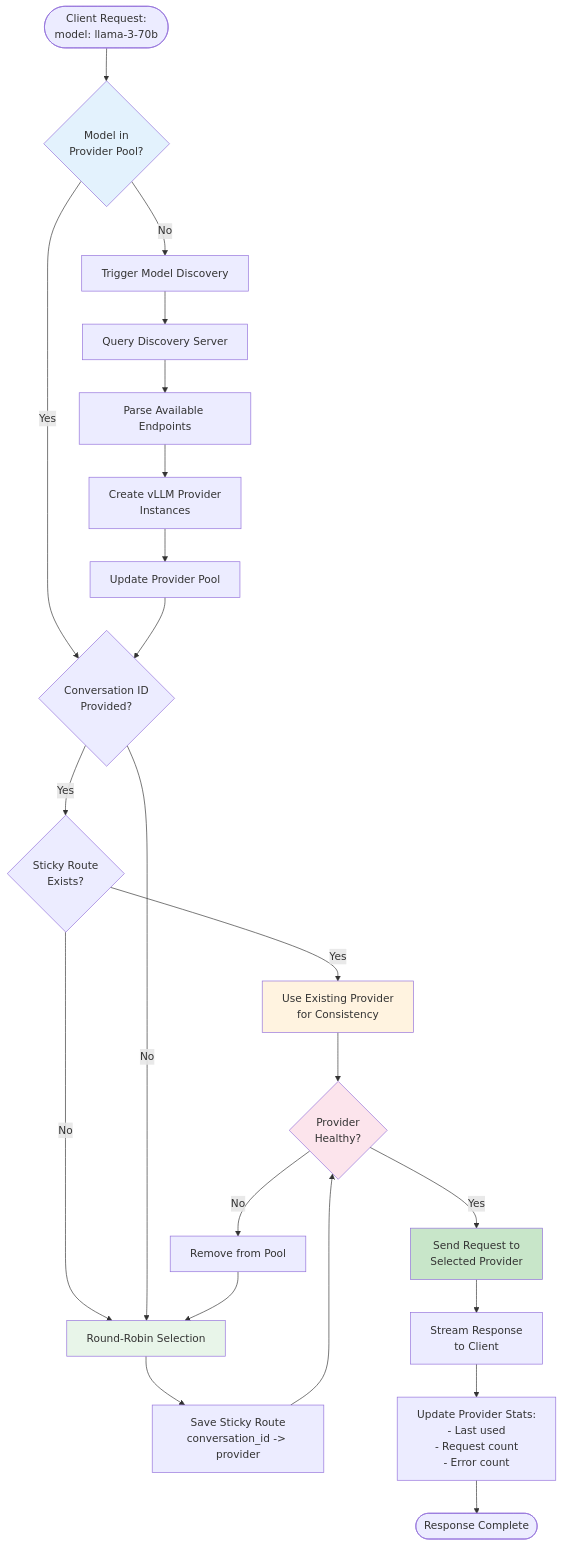
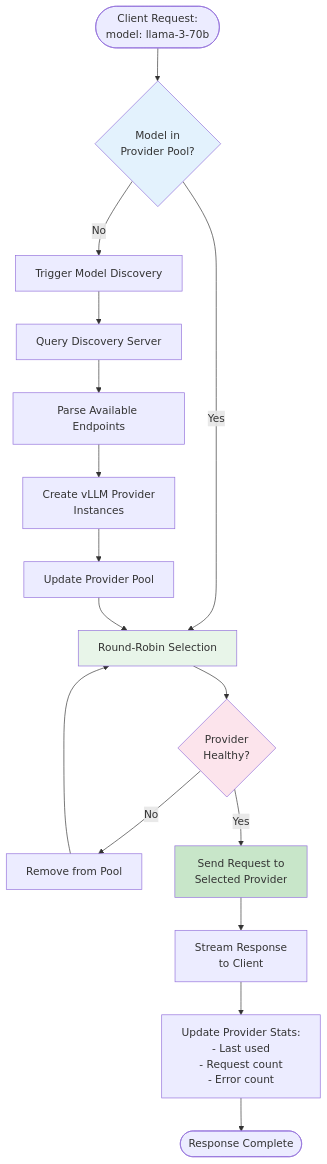
One commit to nearai/cloud-api changed diagram 14 of 16 in docs/architecture/c4-diagrams.md. Above: the diagram before and after it, drawn with Mermaid. The commit also changed other lines of this file, not shown here.

Commit message:
docs(api): align C4 diagrams with stateless responses

````diff
--- a/docs/architecture/c4-diagrams.md
+++ b/docs/architecture/c4-diagrams.md
@@ -901,37 +898,27 @@
 ```mermaid
 flowchart TD
     Start([Client Request:<br/>model: llama-3-70b]) --> CheckCache{Model in<br/>Provider Pool?}
     
     CheckCache -->|No| Discover[Trigger Model Discovery]
     Discover --> QueryDiscovery[Query Discovery Server]
     QueryDiscovery --> ParseResponse[Parse Available Endpoints]
     ParseResponse --> CreateProviders[Create vLLM Provider<br/>Instances]
     CreateProviders --> UpdateCache[Update Provider Pool]
     
-    CheckCache -->|Yes| CheckConversation{Conversation ID<br/>Provided?}
-    UpdateCache --> CheckConversation
-    
-    CheckConversation -->|Yes| CheckSticky{Sticky Route<br/>Exists?}
-    CheckSticky -->|Yes| UseSticky[Use Existing Provider<br/>for Consistency]
-    CheckSticky -->|No| RoundRobin[Round-Robin Selection]
-    RoundRobin --> SaveSticky[Save Sticky Route<br/>conversation_id -> provider]
-    
-    CheckConversation -->|No| RoundRobin
-    
-    UseSticky --> CheckHealth{Provider<br/>Healthy?}
-    SaveSticky --> CheckHealth
+    CheckCache -->|Yes| RoundRobin[Round-Robin Selection]
+    UpdateCache --> RoundRobin
+    RoundRobin --> CheckHealth{Provider<br/>Healthy?}
     
     CheckHealth -->|No| RemoveProvider[Remove from Pool]
     RemoveProvider --> RoundRobin
     
     CheckHealth -->|Yes| SendRequest[Send Request to<br/>Selected Provider]
     SendRequest --> StreamResponse[Stream Response<br/>to Client]
     StreamResponse --> UpdateStats[Update Provider Stats:<br/>- Last used<br/>- Request count<br/>- Error count]
     UpdateStats --> End([Response Complete])
     
     style CheckCache fill:#e3f2fd
-    style UseSticky fill:#fff3e0
     style RoundRobin fill:#e8f5e9
     style CheckHealth fill:#fce4ec
     style SendRequest fill:#c8e6c9
 ```
````
